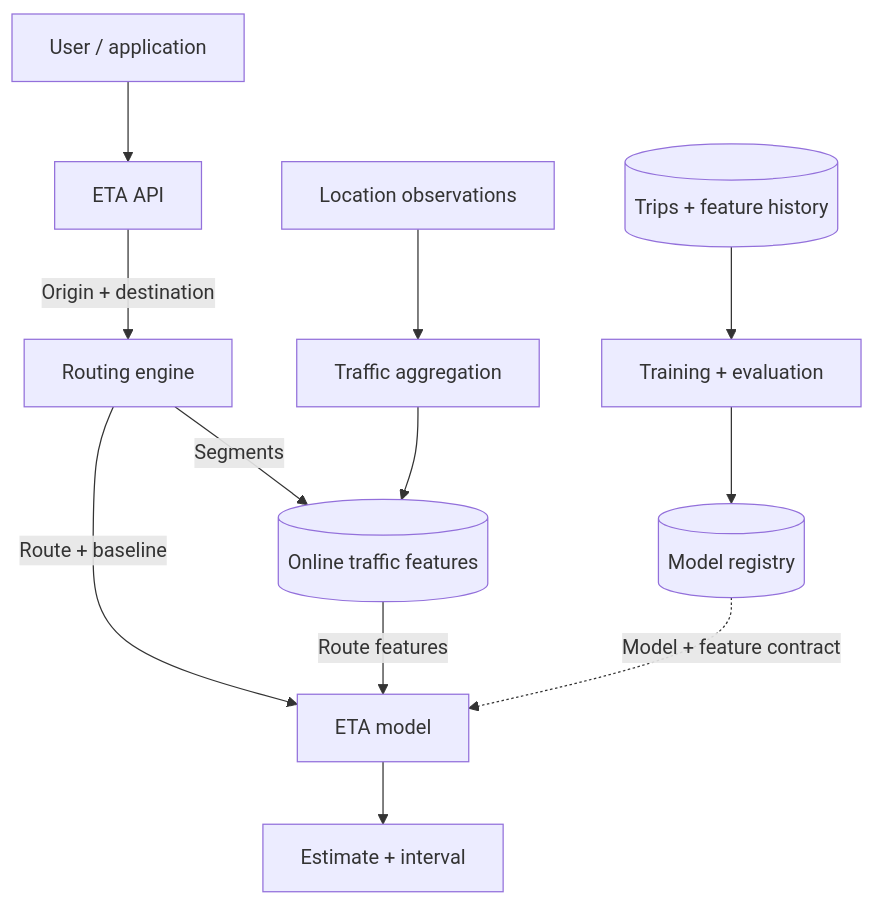
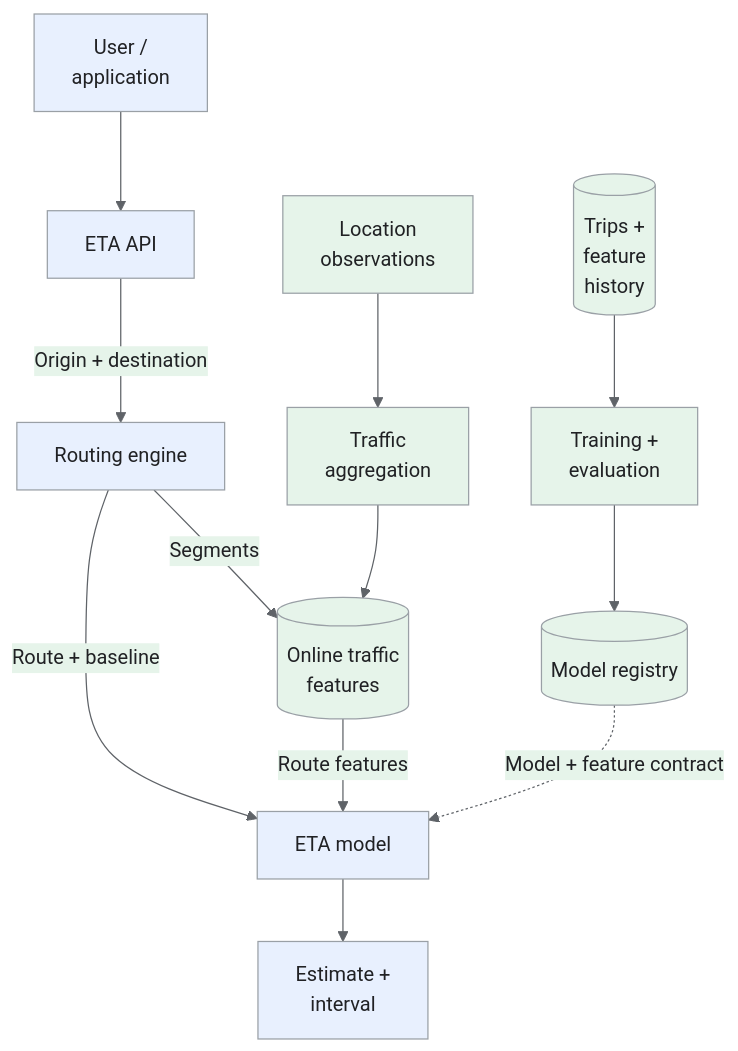
One commit to iliazlobin/iliazlobin.github.io changed the first of 5 diagrams in _designs/ml-system-design-eta-arrival-time-prediction.md. Above: the diagram before and after it, drawn with Mermaid. The commit also changed other lines of this file and 131 other files, not shown here.

````diff
--- a/_designs/ml-system-design-eta-arrival-time-prediction.md
+++ b/_designs/ml-system-design-eta-arrival-time-prediction.md
@@ -133,14 +133,21 @@
 ```mermaid
+%%{init: {'theme':'base','themeVariables':{'primaryColor':'#e8f0fe','primaryTextColor':'#202124','primaryBorderColor':'#9aa0a6','lineColor':'#5f6368','secondaryColor':'#e6f4ea','tertiaryColor':'#fef7e0','actorBkg':'#e8f0fe','actorBorder':'#9aa0a6','actorTextColor':'#202124','noteBkgColor':'#fef7e0','noteTextColor':'#202124','noteBorderColor':'#9aa0a6','signalColor':'#5f6368','signalTextColor':'#202124','labelBoxBkgColor':'#fef7e0','labelBoxBorderColor':'#9aa0a6'}}}%%
 flowchart TB
-  U["User / application"] --> API["ETA API"]
+  U["User /<br>application"] --> API["ETA API"]
   API -->|"Origin + destination"| ROUTE["Routing engine"]
   ROUTE -->|"Route + baseline"| MODEL["ETA model"]
-  ROUTE -->|"Segments"| FEATURES[("Online traffic features")]
+  ROUTE -->|"Segments"| FEATURES[("Online traffic<br>features")]
   FEATURES -->|"Route features"| MODEL
-  MODEL --> RESULT["Estimate + interval"]
-  GPS["Location observations"] --> AGG["Traffic aggregation"]
+  MODEL --> RESULT["Estimate +<br>interval"]
+  GPS["Location<br>observations"] --> AGG["Traffic<br>aggregation"]
   AGG --> FEATURES
-  TRIPS[("Trips + feature history")] --> TRAIN["Training + evaluation"]
+  TRIPS[("Trips +<br>feature<br>history")] --> TRAIN["Training +<br>evaluation"]
   TRAIN --> REG[("Model registry")]
   REG -.->|"Model + feature contract"| MODEL
+classDef request fill:#e8f0fe,stroke:#9aa0a6,color:#202124;
+classDef data fill:#e6f4ea,stroke:#9aa0a6,color:#202124;
+classDef control fill:#fef7e0,stroke:#9aa0a6,color:#202124;
+class U,API,ROUTE,MODEL,RESULT request;
+class FEATURES,GPS,AGG,TRIPS,TRAIN,REG data;
+
 ```
````
